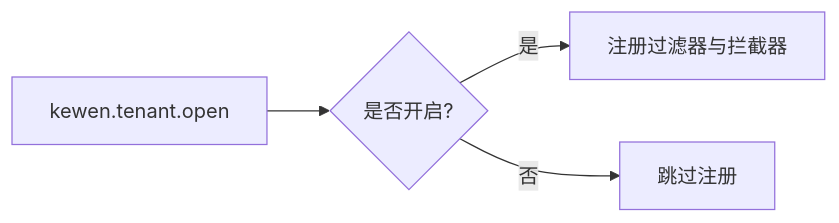
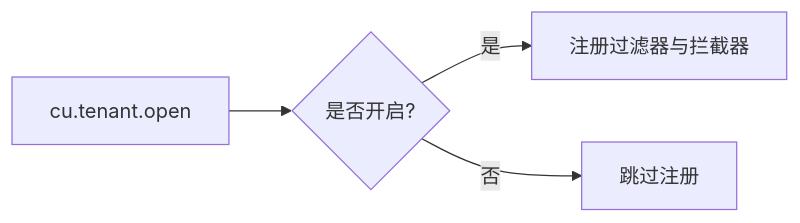
Before and after one commit to LiukewenSC/kewen-framework: the sixth of 7 diagrams in .qoder/repowiki/zh/content/示例应用/多租户示例.md, drawn with Mermaid. The commit also changed other lines of this file and 764 other files, not shown here.

````diff
--- a/.qoder/repowiki/zh/content/示例应用/多租户示例.md
+++ b/.qoder/repowiki/zh/content/示例应用/多租户示例.md
@@ -206,6 +206,6 @@
 ```mermaid
 graph LR
-Conf["kewen.tenant.open"] --> Cond{"是否开启?"}
+Conf["cu.tenant.open"] --> Cond{"是否开启?"}
 Cond --> |是| Beans["注册过滤器与拦截器"]
 Cond --> |否| Skip["跳过注册"]
 ```
````
